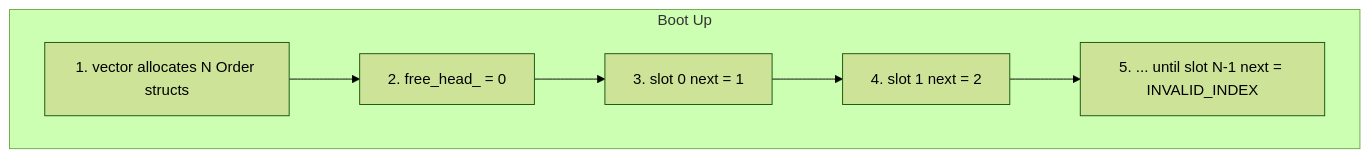
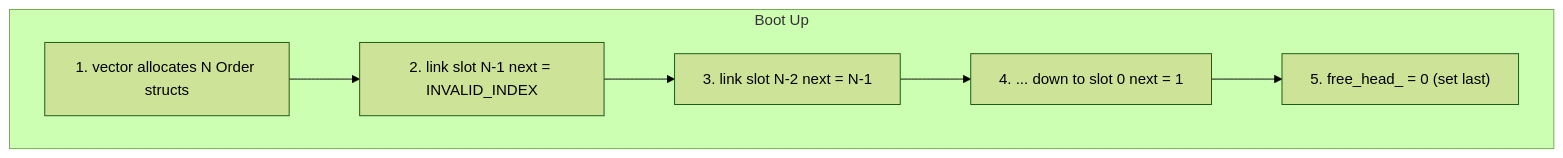
The second of 2 diagrams in docs/2_Architecture_And_Memory_Layout.md (Komal-ai417/hft-matching-engine), drawn with Mermaid (forest theme) before and after one commit. The commit also changed other lines of this file and 6 other files, not shown here.

````diff
--- a/docs/2_Architecture_And_Memory_Layout.md
+++ b/docs/2_Architecture_And_Memory_Layout.md
@@ -66,9 +66,9 @@
 ```mermaid
 graph TD
     subgraph Initialization ["Boot Up"]
-        A["1. vector allocates N Order structs"] --> B["2. free_head_ = 0"]
-        B --> C["3. slot 0 next = 1"]
-        C --> D["4. slot 1 next = 2"]
-        D --> E["5. ... until slot N-1 next = INVALID_INDEX"]
+        A["1. vector allocates N Order structs"] --> B["2. link slot N-1 next = INVALID_INDEX"]
+        B --> C["3. link slot N-2 next = N-1"]
+        C --> D["4. ... down to slot 0 next = 1"]
+        D --> E["5. free_head_ = 0 (set last)"]
     end
 ```
````
